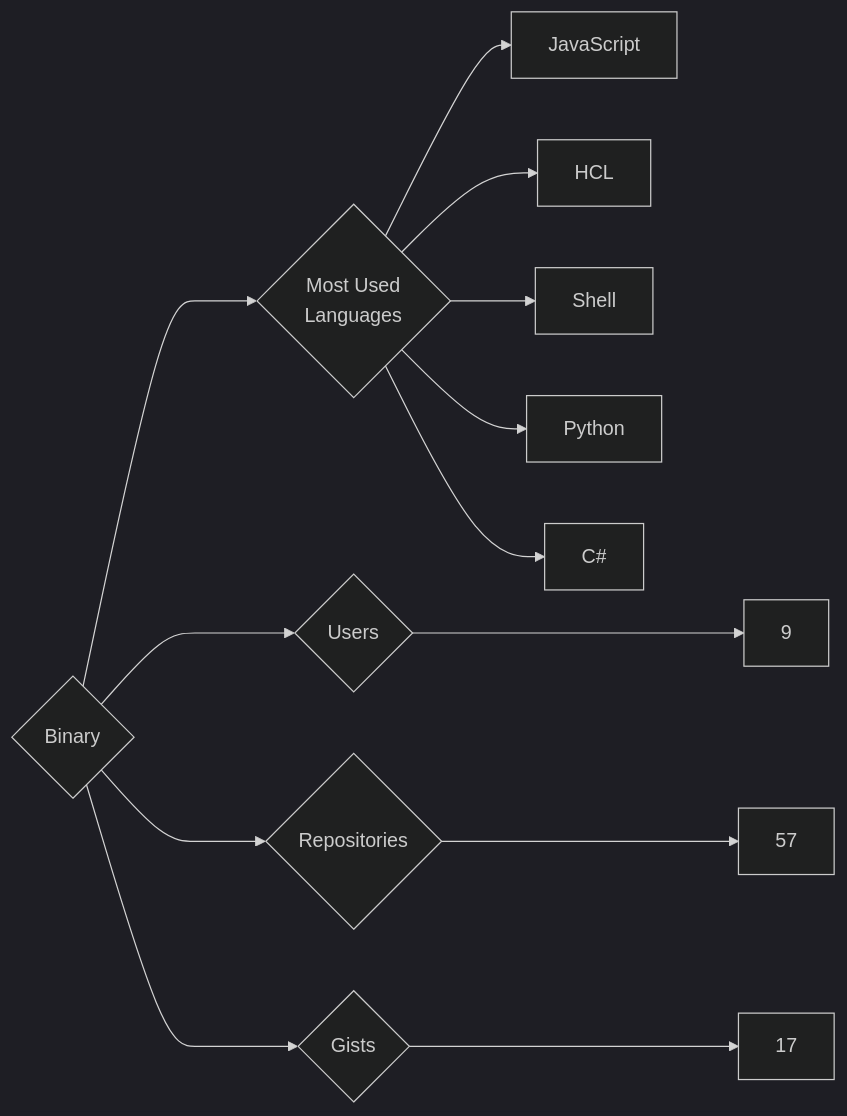
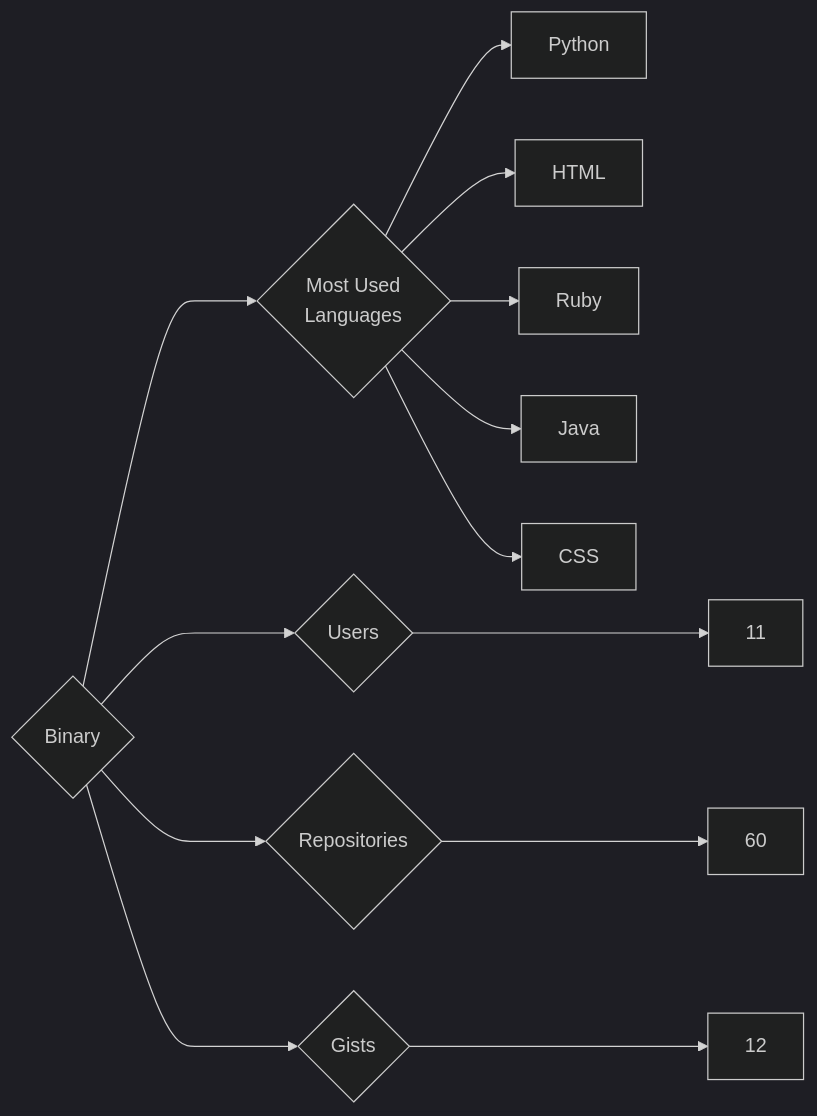
The diagram in targets/Binary/README.md (trickest/insiders), drawn with Mermaid (dark theme) before and after one commit. The commit also changed 611 other files, not shown here.

````diff
--- a/targets/Binary/README.md
+++ b/targets/Binary/README.md
@@ -3,13 +3,13 @@
 ```mermaid
 graph LR
 COMPANY_NAME{Binary}
-COMPANY_NAME ---> U{Users} ---> UN[9]
-COMPANY_NAME ---> R{Repositories} ---> RN[57]
-COMPANY_NAME ---> G{Gists} ---> GN[17]
+COMPANY_NAME ---> U{Users} ---> UN[11]
+COMPANY_NAME ---> R{Repositories} ---> RN[60]
+COMPANY_NAME ---> G{Gists} ---> GN[12]
 COMPANY_NAME ---> ML{Most Used<br>Languages}
-ML --> JavaScript[JavaScript]
-ML --> HCL[HCL]
-ML --> Shell[Shell]
 ML --> Python[Python]
-ML --> C#[C#]
+ML --> HTML[HTML]
+ML --> Ruby[Ruby]
+ML --> Java[Java]
+ML --> CSS[CSS]
 ```
````
